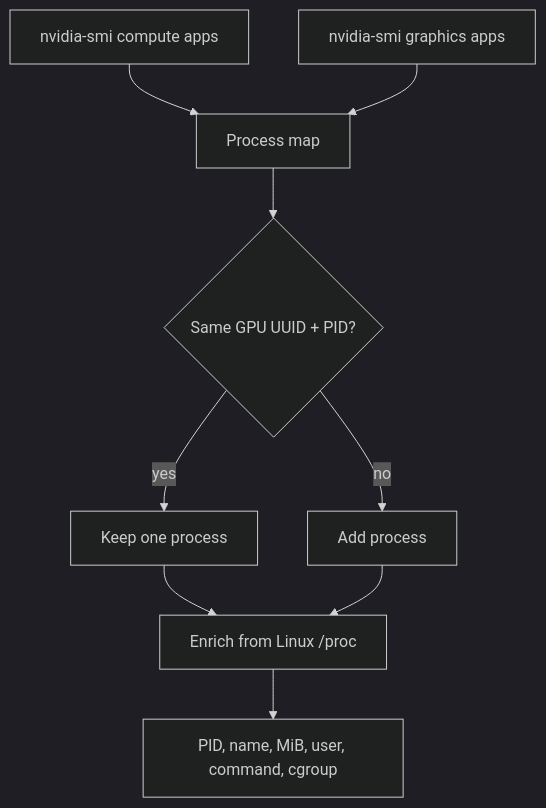
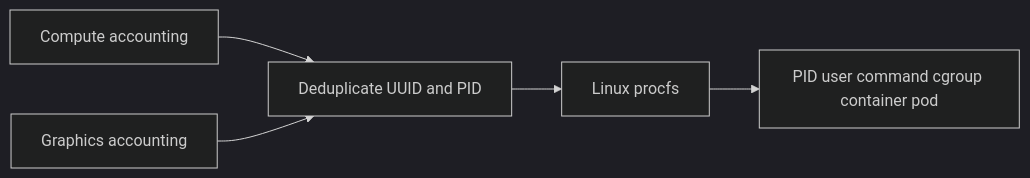
One commit to bas3line/gpu-watchman changed the diagram in docs/features/ownership.md. Above: the diagram before and after it, drawn with Mermaid (dark theme). The commit also changed other lines of this file and 108 other files, not shown here.

````diff
--- a/docs/features/ownership.md
+++ b/docs/features/ownership.md
@@ -5,11 +13,7 @@
-```mermaid
-flowchart TD
-  A[nvidia-smi compute apps] --> C[Process map]
-  B[nvidia-smi graphics apps] --> C
-  C --> D{Same GPU UUID + PID?}
-  D -->|yes| E[Keep one process]
-  D -->|no| F[Add process]
-  E --> G[Enrich from Linux /proc]
-  F --> G
-  G --> H[PID, name, MiB, user, command, cgroup]
-```
+~~~mermaid
+flowchart LR
+  C[Compute accounting] --> D[Deduplicate UUID and PID]
+  G[Graphics accounting] --> D
+  D --> P[Linux procfs]
+  P --> O[PID user command cgroup container pod]
+~~~
````
